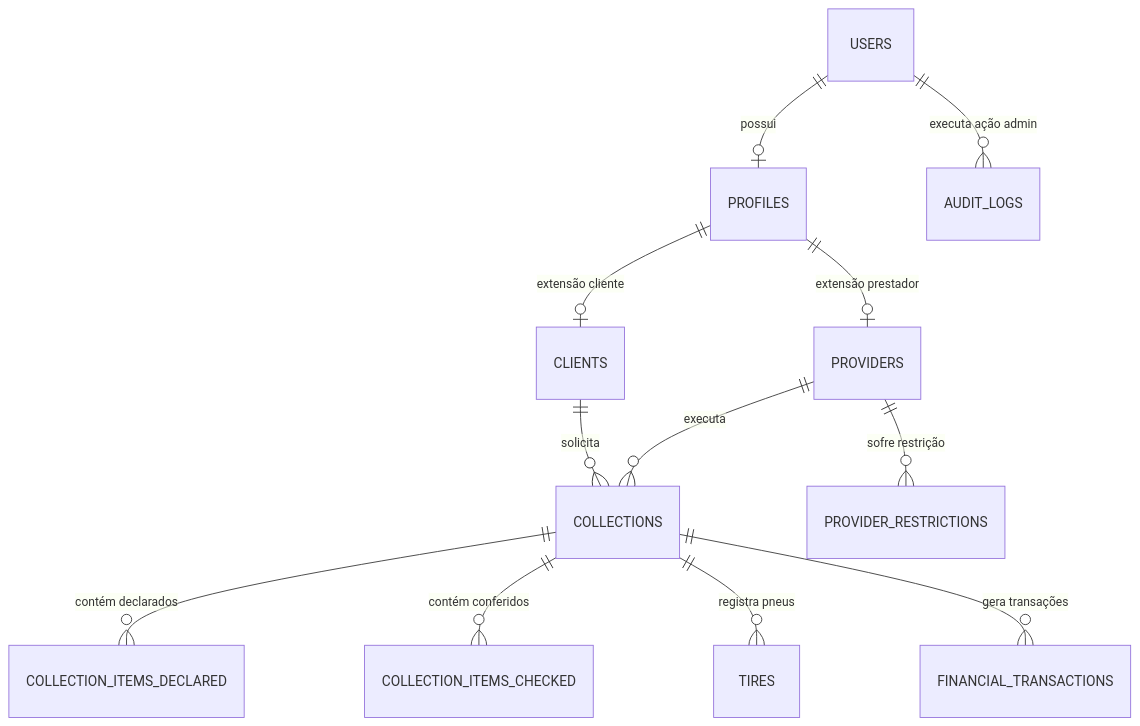
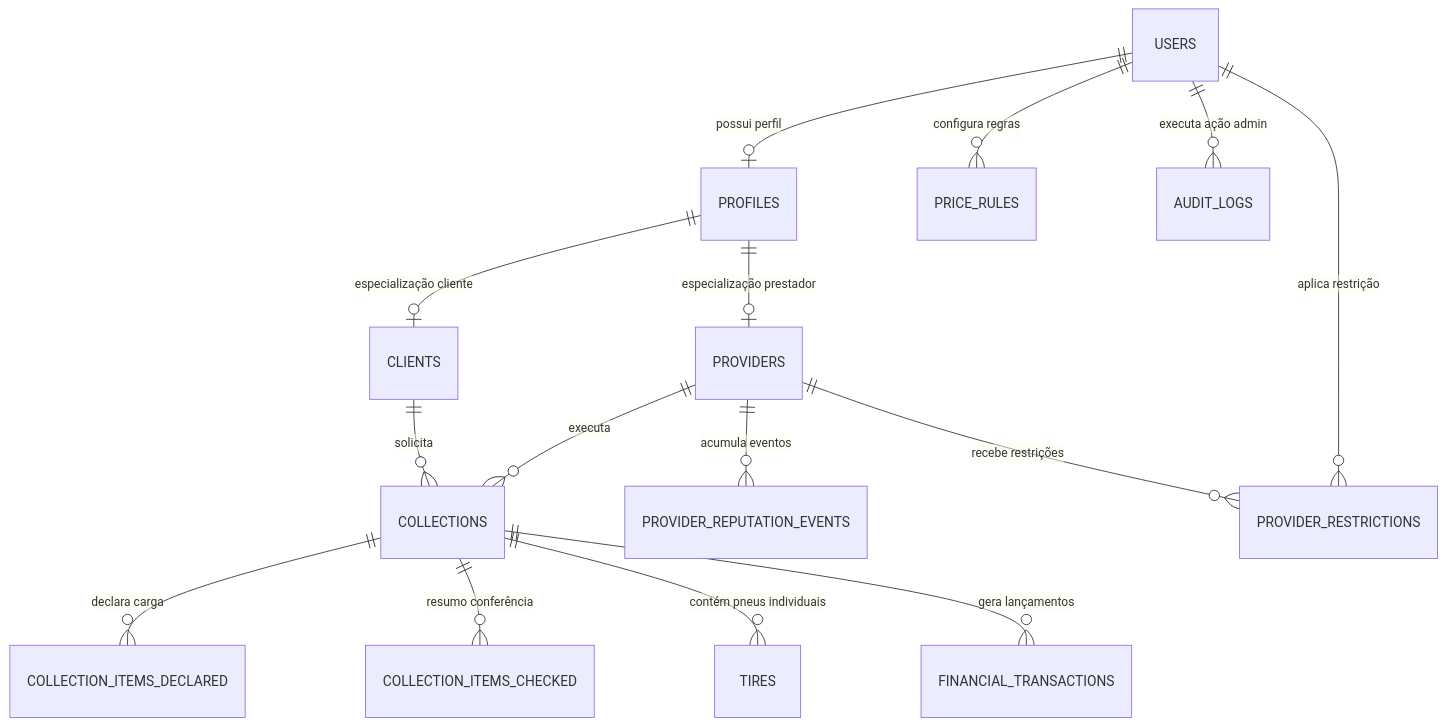
Before and after one commit to DaredevPy/Desenvolvimento_Android: the diagram in 06_MODELO_DE_DADOS.md, drawn with Mermaid. The commit also changed other lines of this file and 78 other files, not shown here.

````diff
--- a/06_MODELO_DE_DADOS.md
+++ b/06_MODELO_DE_DADOS.md
@@ -11,14 +100,21 @@
 ```mermaid
 erDiagram
-    USERS ||--o| PROFILES : "possui"
-    PROFILES ||--o| CLIENTS : "extensão cliente"
-    PROFILES ||--o| PROVIDERS : "extensão prestador"
+    USERS ||--o| PROFILES : "possui perfil"
+    PROFILES ||--o| CLIENTS : "especialização cliente"
+    PROFILES ||--o| PROVIDERS : "especialização prestador"
+    
     CLIENTS ||--o{ COLLECTIONS : "solicita"
     PROVIDERS ||--o{ COLLECTIONS : "executa"
-    COLLECTIONS ||--o{ COLLECTION_ITEMS_DECLARED : "contém declarados"
-    COLLECTIONS ||--o{ COLLECTION_ITEMS_CHECKED : "contém conferidos"
-    COLLECTIONS ||--o{ TIRES : "registra pneus"
-    COLLECTIONS ||--o{ FINANCIAL_TRANSACTIONS : "gera transações"
-    PROVIDERS ||--o{ PROVIDER_RESTRICTIONS : "sofre restrição"
+    
+    COLLECTIONS ||--o{ COLLECTION_ITEMS_DECLARED : "declara carga"
+    COLLECTIONS ||--o{ COLLECTION_ITEMS_CHECKED : "resumo conferência"
+    COLLECTIONS ||--o{ TIRES : "contém pneus individuais"
+    COLLECTIONS ||--o{ FINANCIAL_TRANSACTIONS : "gera lançamentos"
+    
+    PROVIDERS ||--o{ PROVIDER_REPUTATION_EVENTS : "acumula eventos"
+    PROVIDERS ||--o{ PROVIDER_RESTRICTIONS : "recebe restrições"
+    
+    USERS ||--o{ PRICE_RULES : "configura regras"
+    USERS ||--o{ PROVIDER_RESTRICTIONS : "aplica restrição"
     USERS ||--o{ AUDIT_LOGS : "executa ação admin"
 ```
````
